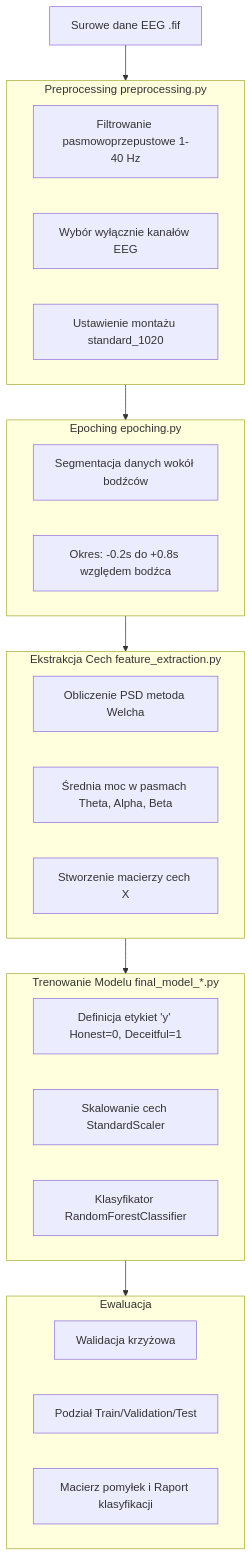
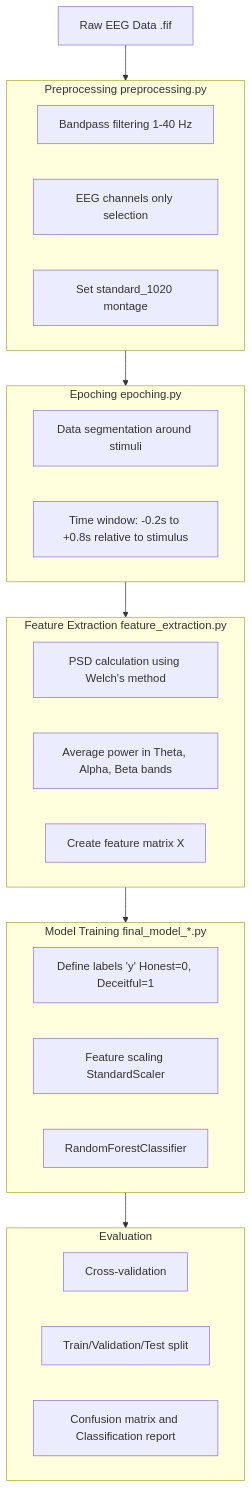
Before and after one commit to xVarmondx/neuro-lie-detector: the second of 2 diagrams in README.md, drawn with Mermaid. The commit also changed other lines of this file, not shown here.

````diff
--- a/README.md
+++ b/README.md
@@ -194,37 +195,37 @@
 ```mermaid
 graph TD
-    A[Surowe dane EEG .fif] --> B(Preprocessing);
+    A[Raw EEG Data .fif] --> B(Preprocessing);
     B --> C(Epoching);
-    C --> D(Ekstrakcja Cech);
-    D --> E(Trenowanie Modelu);
-    E --> F(Ewaluacja);
+    C --> D(Feature Extraction);
+    D --> E(Model Training);
+    E --> F(Evaluation);
 
     subgraph B [Preprocessing preprocessing.py]
-        B1[Filtrowanie pasmowoprzepustowe 1-40 Hz]
-        B2[Wybór wyłącznie kanałów EEG]
-        B3[Ustawienie montażu standard_1020]
+        B1[Bandpass filtering 1-40 Hz]
+        B2[EEG channels only selection]
+        B3[Set standard_1020 montage]
     end
 
     subgraph C [Epoching epoching.py]
-        C1[Segmentacja danych wokół bodźców]
-        C2[Okres: -0.2s do +0.8s względem bodźca]
+        C1[Data segmentation around stimuli]
+        C2[Time window: -0.2s to +0.8s relative to stimulus]
     end
 
-    subgraph D [Ekstrakcja Cech feature_extraction.py]
-        D1[Obliczenie PSD metoda Welcha]
-        D2[Średnia moc w pasmach Theta, Alpha, Beta]
-        D3[Stworzenie macierzy cech X]
+    subgraph D [Feature Extraction feature_extraction.py]
+        D1[PSD calculation using Welch's method]
+        D2[Average power in Theta, Alpha, Beta bands]
+        D3[Create feature matrix X]
     end
 
-    subgraph E [Trenowanie Modelu final_model_*.py]
-        E1[Definicja etykiet 'y' Honest=0, Deceitful=1]
-        E2[Skalowanie cech StandardScaler]
-        E3[Klasyfikator RandomForestClassifier]
+    subgraph E [Model Training final_model_*.py]
+        E1[Define labels 'y' Honest=0, Deceitful=1]
+        E2[Feature scaling StandardScaler]
+        E3[RandomForestClassifier]
     end
 
-    subgraph F [Ewaluacja]
-        F1[Walidacja krzyżowa]
-        F2[Podział Train/Validation/Test]
-        F3[Macierz pomyłek i Raport klasyfikacji]
+    subgraph F [Evaluation]
+        F1[Cross-validation]
+        F2[Train/Validation/Test split]
+        F3[Confusion matrix and Classification report]
     end
 ```
````
